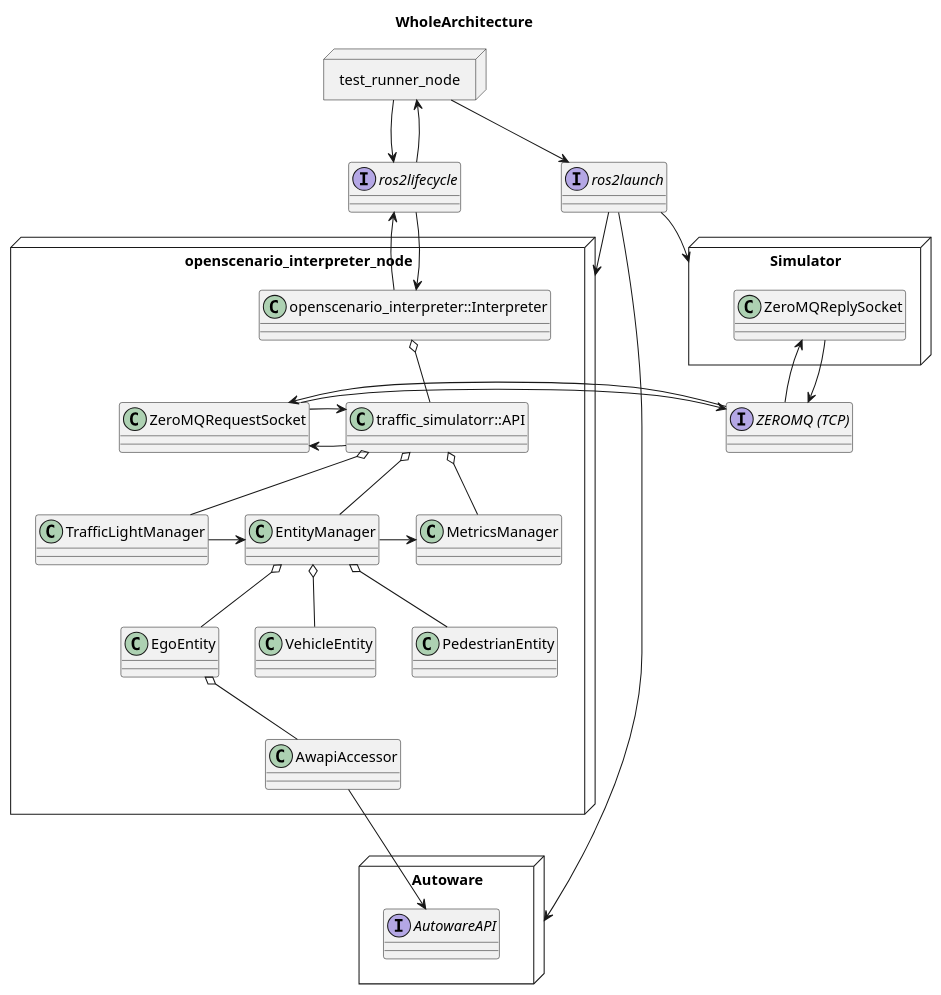
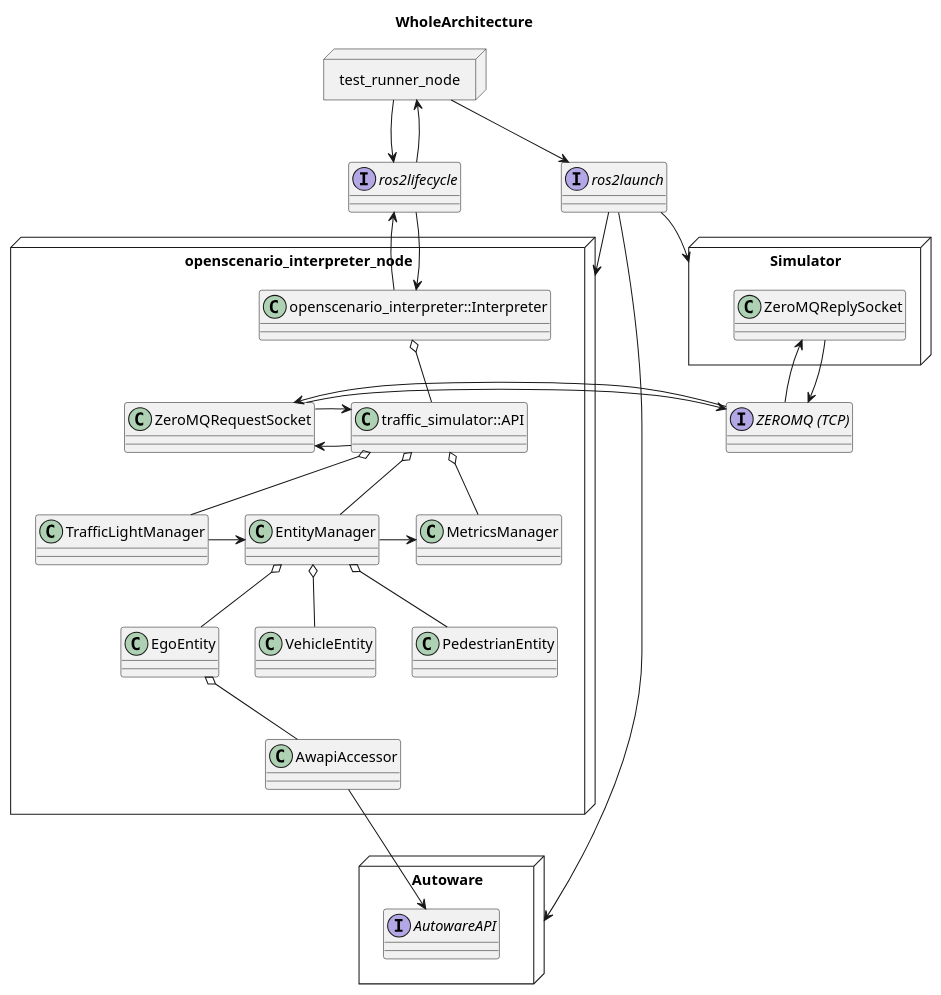
The diagram in docs/design/uml/whole_architecture.pu (tier4/scenario_simulator_v2), drawn with PlantUML before and after one commit. The commit also changed 52 other files, not shown here.

```diff
--- a/docs/design/uml/whole_architecture.pu
+++ b/docs/design/uml/whole_architecture.pu
@@ -1,68 +1,68 @@
 @startuml
 allow_mixing
 title WholeArchitecture
 
 interface ros2lifecycle
 
 Node openscenario_interpreter_node {
   class openscenario_interpreter::Interpreter
   class EntityManager
   class TrafficLightManager
   class MetricsManager
-  class traffic_simulatorr::API
+  class traffic_simulator::API
   class ZeroMQRequestSocket
-  openscenario_interpreter::Interpreter o-- traffic_simulatorr::API
-  traffic_simulatorr::API o-- EntityManager
-  traffic_simulatorr::API o-- TrafficLightManager
-  traffic_simulatorr::API o-- MetricsManager
+  openscenario_interpreter::Interpreter o-- traffic_simulator::API
+  traffic_simulator::API o-- EntityManager
+  traffic_simulator::API o-- TrafficLightManager
+  traffic_simulator::API o-- MetricsManager
   TrafficLightManager -right-> EntityManager
   EntityManager -right-> MetricsManager
   class EgoEntity
   class VehicleEntity
   class PedestrianEntity
   EntityManager o-- EgoEntity
   EntityManager o-- VehicleEntity
   EntityManager o-- PedestrianEntity
   class AwapiAccessor
   EgoEntity o-- AwapiAccessor
 }
 
 openscenario_interpreter::Interpreter -up-> ros2lifecycle
 
 ros2lifecycle -down-> openscenario_interpreter::Interpreter
 
 Node test_runner_node {
 }
 
 test_runner_node -down-> ros2lifecycle
 ros2lifecycle -up-> test_runner_node
 
 Node Autoware {
   Interface AutowareAPI
 }
 
 AwapiAccessor -down-> AutowareAPI
 
 interface ros2launch
 
 test_runner_node -down-> ros2launch
 ros2launch -down-> Autoware
 ros2launch -down-> openscenario_interpreter_node
 
 interface "ZEROMQ (TCP)"
 
-traffic_simulatorr::API -left-> ZeroMQRequestSocket
-ZeroMQRequestSocket -right-> traffic_simulatorr::API
+traffic_simulator::API -left-> ZeroMQRequestSocket
+ZeroMQRequestSocket -right-> traffic_simulator::API
 ZeroMQRequestSocket -right-> "ZEROMQ (TCP)"
 "ZEROMQ (TCP)" -left-> ZeroMQRequestSocket
 
 Node Simulator {
   class ZeroMQReplySocket
 }
 
 ros2launch -down-> Simulator
 
 "ZEROMQ (TCP)" -up-> ZeroMQReplySocket
 ZeroMQReplySocket -down-> "ZEROMQ (TCP)"
 
 @enduml
```
